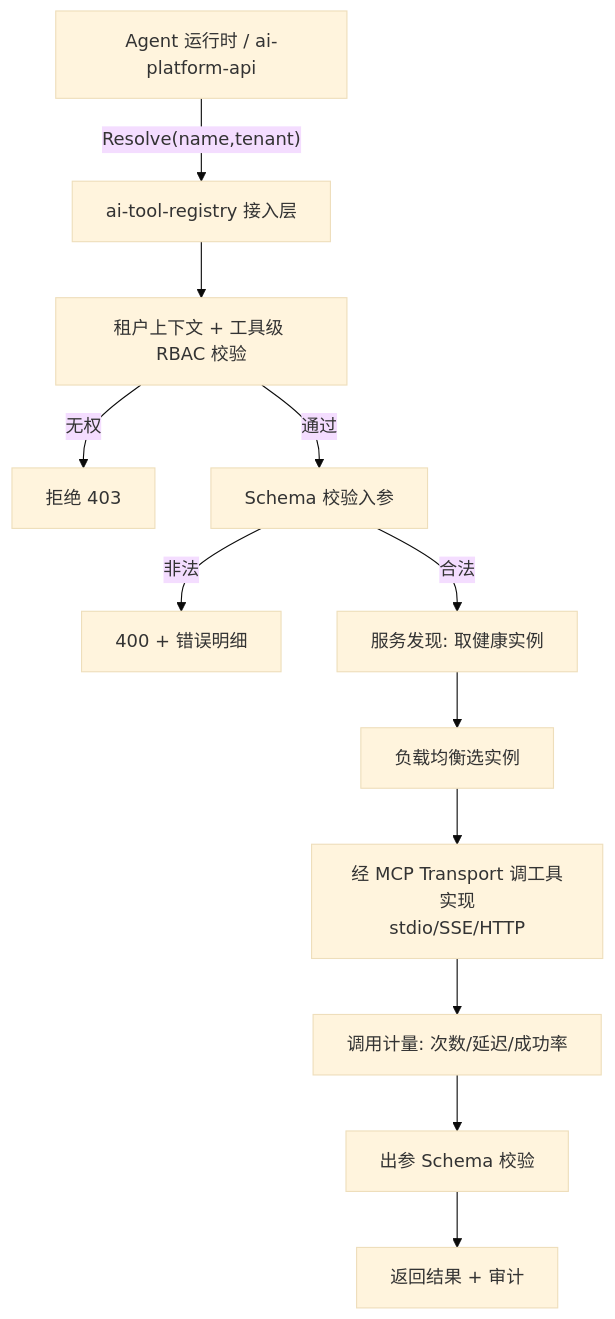
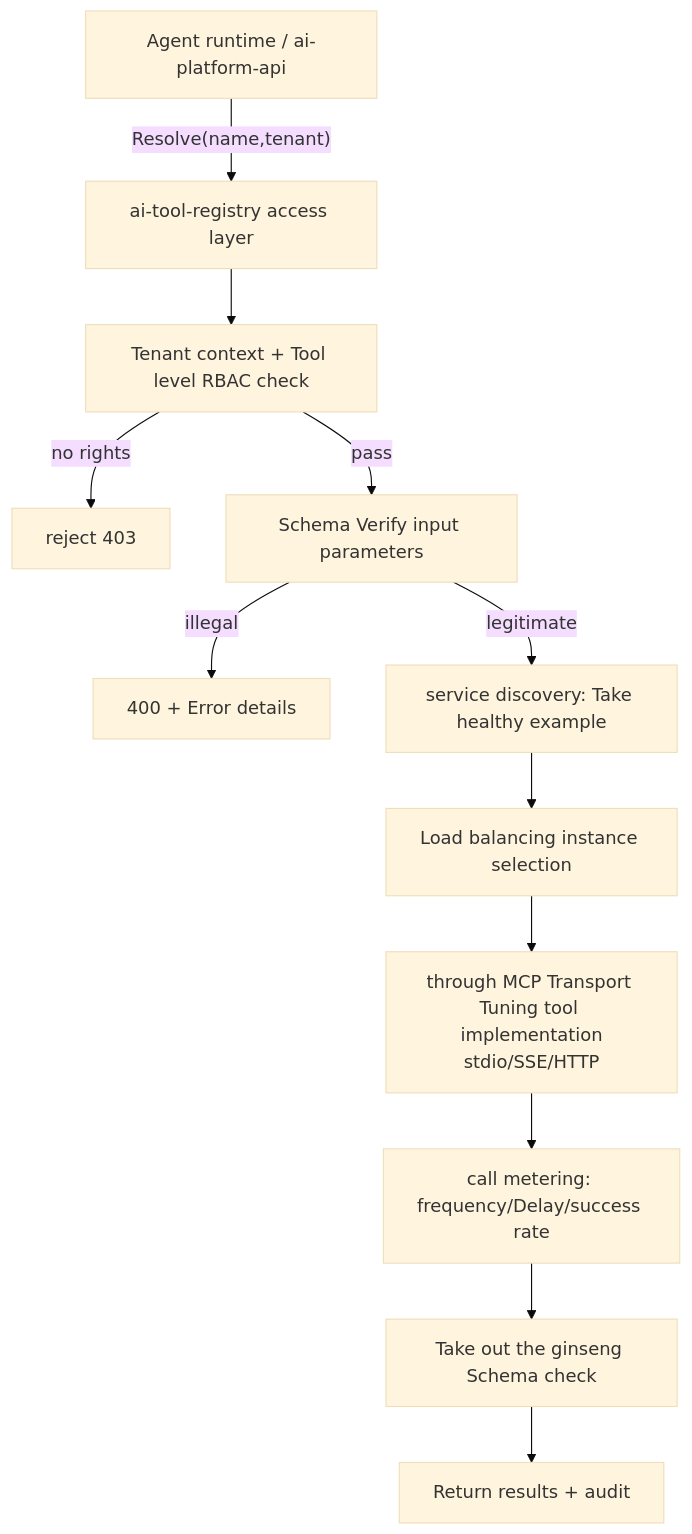
One commit to open-strata-ai/ai-tool-registry changed the first of 2 diagrams in design/DESIGN.md. Above: the diagram before and after it, drawn with Mermaid (base theme). The commit also changed other lines of this file and 10 other files, not shown here.

````diff
--- a/design/DESIGN.md
+++ b/design/DESIGN.md
@@ -97,14 +97,14 @@
 ```mermaid
 flowchart TD
-    A[Agent 运行时 / ai-platform-api] -->|"Resolve(name,tenant)"| B[ai-tool-registry 接入层]
-    B --> C[租户上下文 + 工具级 RBAC 校验]
-    C -->|"无权"| DENY[拒绝 403]
-    C -->|"通过"| E[Schema 校验入参]
-    E -->|"非法"| BAD[400 + 错误明细]
-    E -->|"合法"| F[服务发现: 取健康实例]
-    F --> G[负载均衡选实例]
-    G --> H[经 MCP Transport 调工具实现<br/>stdio/SSE/HTTP]
-    H --> I[调用计量: 次数/延迟/成功率]
-    I --> J[出参 Schema 校验]
-    J --> K[返回结果 + 审计]
+    A[Agent runtime / ai-platform-api] -->|"Resolve(name,tenant)"| B[ai-tool-registry access layer]
+    B --> C[Tenant context + Tool level RBAC check]
+    C -->|"no rights"| DENY[reject 403]
+    C -->|"pass"| E[Schema Verify input parameters]
+    E -->|"illegal"| BAD[400 + Error details]
+    E -->|"legitimate"| F[service discovery: Take healthy example]
+    F --> G[Load balancing instance selection]
+    G --> H[through MCP Transport Tuning tool implementation<br/>stdio/SSE/HTTP]
+    H --> I[call metering: frequency/Delay/success rate]
+    I --> J[Take out the ginseng Schema check]
+    J --> K[Return results + audit]
 ```
````
